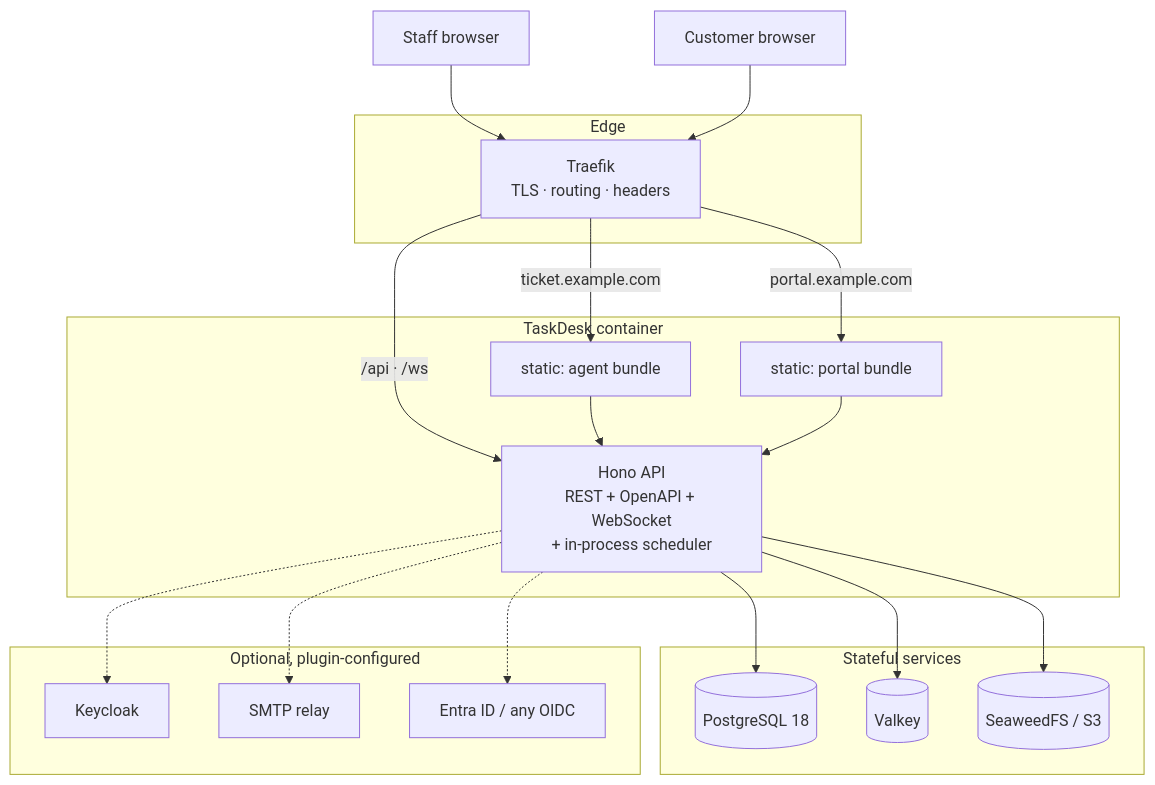
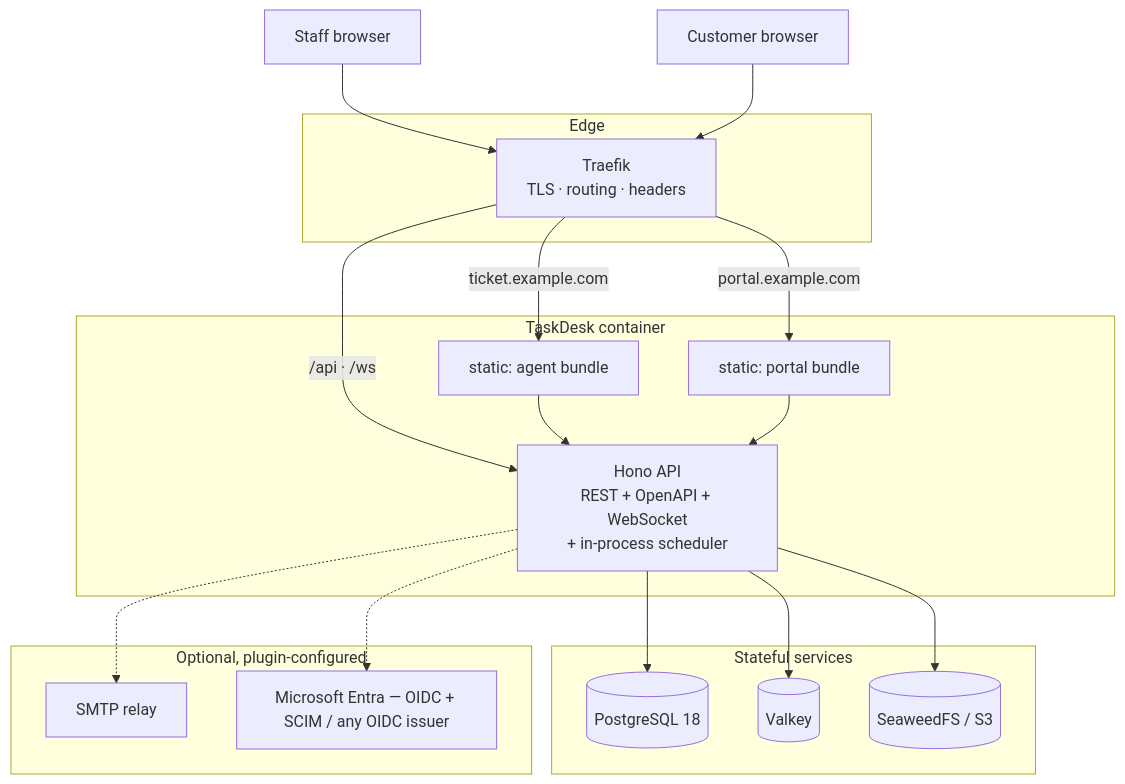
Before and after one commit to ThomasHeinThura/ticketing: the diagram in docs/01-architecture/overview.md, drawn with Mermaid. The commit also changed 58 other files, not shown here.

````diff
--- a/docs/01-architecture/overview.md
+++ b/docs/01-architecture/overview.md
@@ -8,38 +8,36 @@
 ```mermaid
 graph TB
     subgraph edge["Edge"]
         TR[Traefik<br/>TLS · routing · headers]
     end
 
     subgraph app["TaskDesk container"]
         API["Hono API<br/>REST + OpenAPI + WebSocket<br/>+ in-process scheduler"]
         AB["static: agent bundle"]
         PB["static: portal bundle"]
     end
 
     subgraph data["Stateful services"]
         PG[(PostgreSQL 18)]
         VK[(Valkey)]
         S3[(SeaweedFS / S3)]
     end
 
     subgraph opt["Optional, plugin-configured"]
-        KC[Keycloak]
         SMTP[SMTP relay]
-        OIDC[Entra ID / any OIDC]
+        OIDC[Microsoft Entra — OIDC + SCIM / any OIDC issuer]
     end
 
     B1[Staff browser] --> TR
     B2[Customer browser] --> TR
     TR -->|ticket.example.com| AB
     TR -->|portal.example.com| PB
     TR -->|/api · /ws| API
     AB --> API
     PB --> API
     API --> PG
     API --> VK
     API --> S3
-    API -.-> KC
     API -.-> SMTP
     API -.-> OIDC
 ```
````
